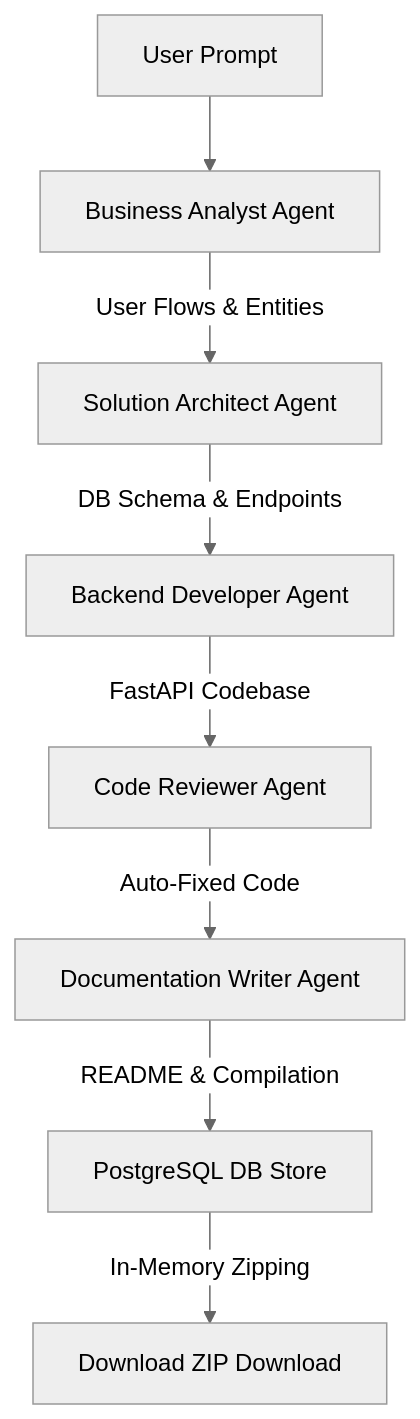
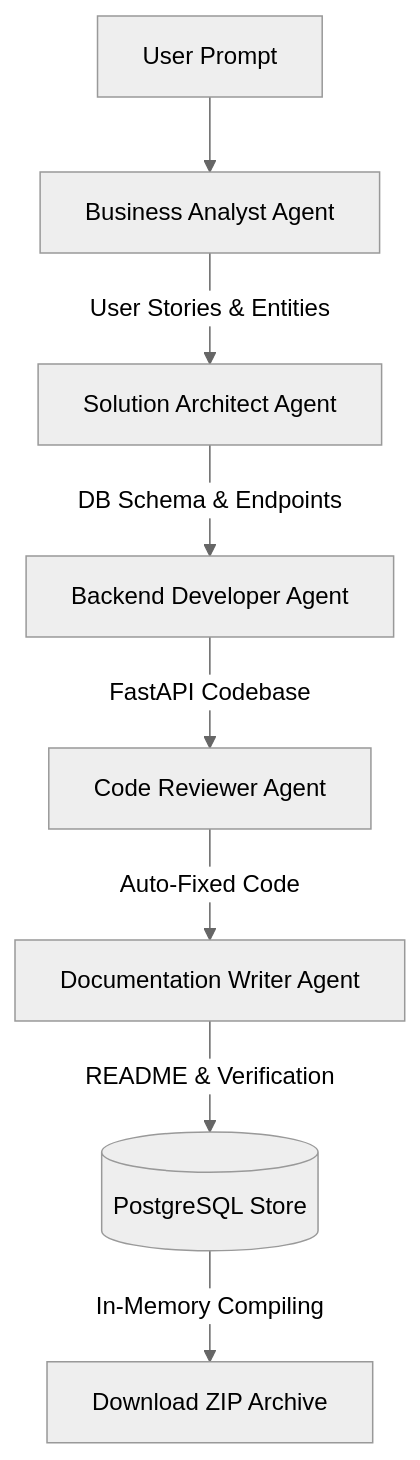
One commit to Logesh-Murugan/codeforge-ai changed the diagram in README.md. Above: the diagram before and after it, drawn with Mermaid (neutral theme). The commit also changed other lines of this file, not shown here.

Commit message:
docs: redesign root README with architecture diagrams and detailed tech stack information

````diff
--- a/README.md
+++ b/README.md
@@ -13,10 +29,10 @@
 ```mermaid
-graph TD
-    A[User Prompt] --> B[Business Analyst Agent]
-    B -->|User Flows & Entities| C[Solution Architect Agent]
-    C -->|DB Schema & Endpoints| D[Backend Developer Agent]
-    D -->|FastAPI Codebase| E[Code Reviewer Agent]
-    E -->|Auto-Fixed Code| F[Documentation Writer Agent]
-    F -->|README & Compilation| G[PostgreSQL DB Store]
-    G -->|In-Memory Zipping| H[Download ZIP Download]
+flowchart TD
+    A[User Prompt] --> BA[Business Analyst Agent]
+    BA -->|User Stories & Entities| SA[Solution Architect Agent]
+    SA -->|DB Schema & Endpoints| BD[Backend Developer Agent]
+    BD -->|FastAPI Codebase| CR[Code Reviewer Agent]
+    CR -->|Auto-Fixed Code| DW[Documentation Writer Agent]
+    DW -->|README & Verification| DB[(PostgreSQL Store)]
+    DB -->|In-Memory Compiling| ZIP[Download ZIP Archive]
 ```
````
